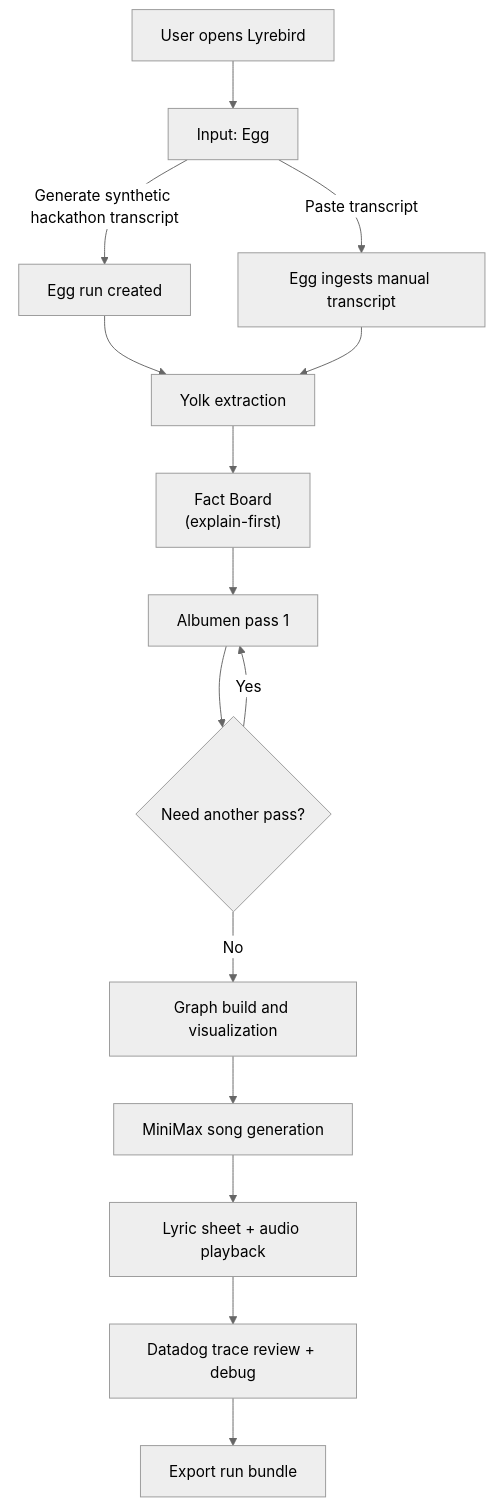
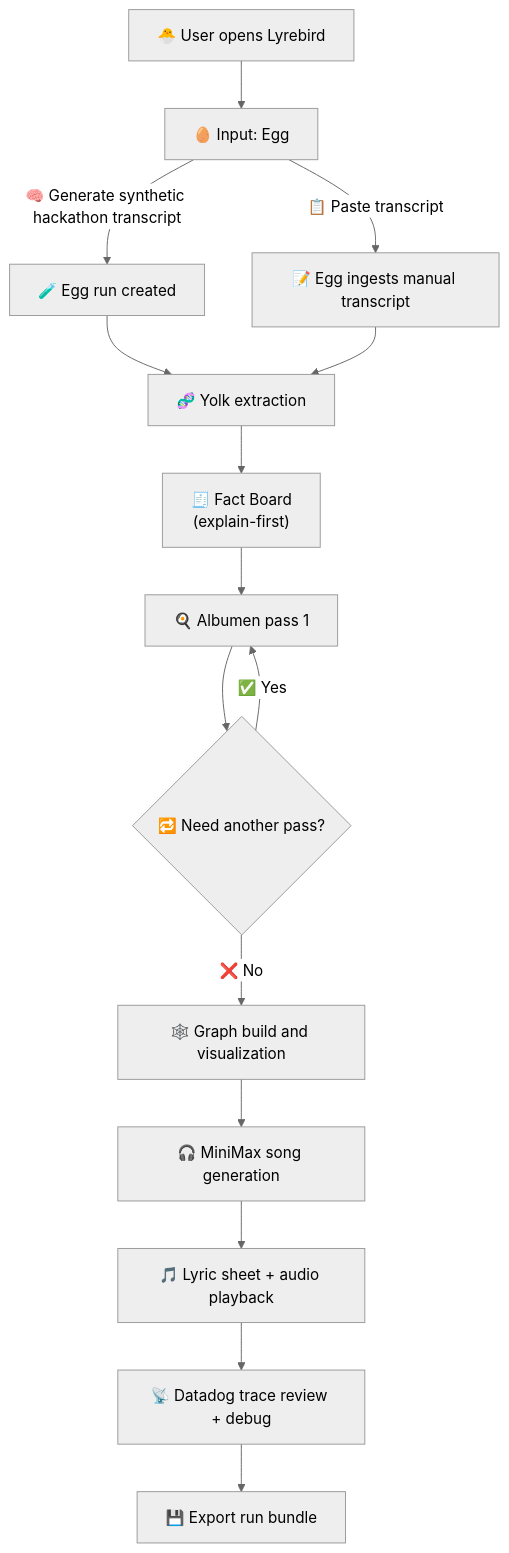
Before and after one commit to kirilligum/lyrebird-awsloft-hack260220: the first of 2 diagrams in README.md, drawn with Mermaid (neutral theme). The commit also changed other lines of this file and 6 other files, not shown here.

````diff
--- a/README.md
+++ b/README.md
@@ -22,17 +22,17 @@
 ```mermaid
 flowchart TD
-  U[User opens Lyrebird] --> I[Input: Egg]
-  I -->|Generate synthetic hackathon transcript| E1[Egg run created]
-  I -->|Paste transcript| E2[Egg ingests manual transcript]
-  E1 --> Y[Yolk extraction]
+  U[🐣 User opens Lyrebird] --> I[🥚 Input: Egg]
+  I -->|🧠 Generate synthetic hackathon transcript| E1[🧪 Egg run created]
+  I -->|📋 Paste transcript| E2[📝 Egg ingests manual transcript]
+  E1 --> Y[🧬 Yolk extraction]
   E2 --> Y
-  Y --> F["Fact Board\n(explain-first)"]
-  F --> P[Albumen pass 1]
-  P --> R{Need another pass?}
-  R -->|Yes| P
-  R -->|No| G[Graph build and visualization]
-  G --> M[MiniMax song generation]
-  M --> L[Lyric sheet + audio playback]
-  L --> D[Datadog trace review + debug]
-  D --> X[Export run bundle]
+  Y --> F["🧾 Fact Board\n(explain-first)"]
+  F --> P[🍳 Albumen pass 1]
+  P --> R{🔁 Need another pass?}
+  R -->|✅ Yes| P
+  R -->|❌ No| G[🕸️ Graph build and visualization]
+  G --> M[🎧 MiniMax song generation]
+  M --> L[🎵 Lyric sheet + audio playback]
+  L --> D[📡 Datadog trace review + debug]
+  D --> X[💾 Export run bundle]
 ```
````
